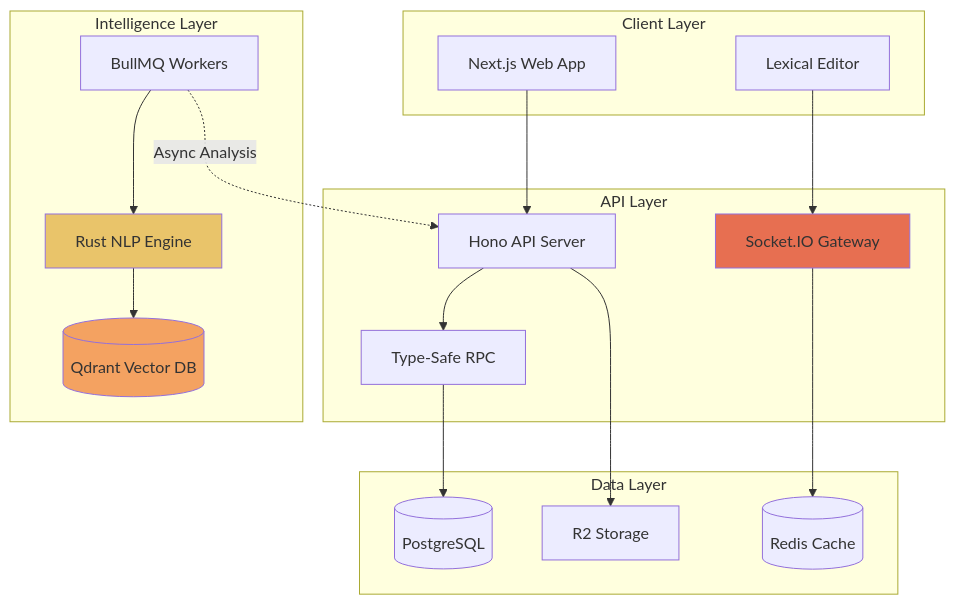
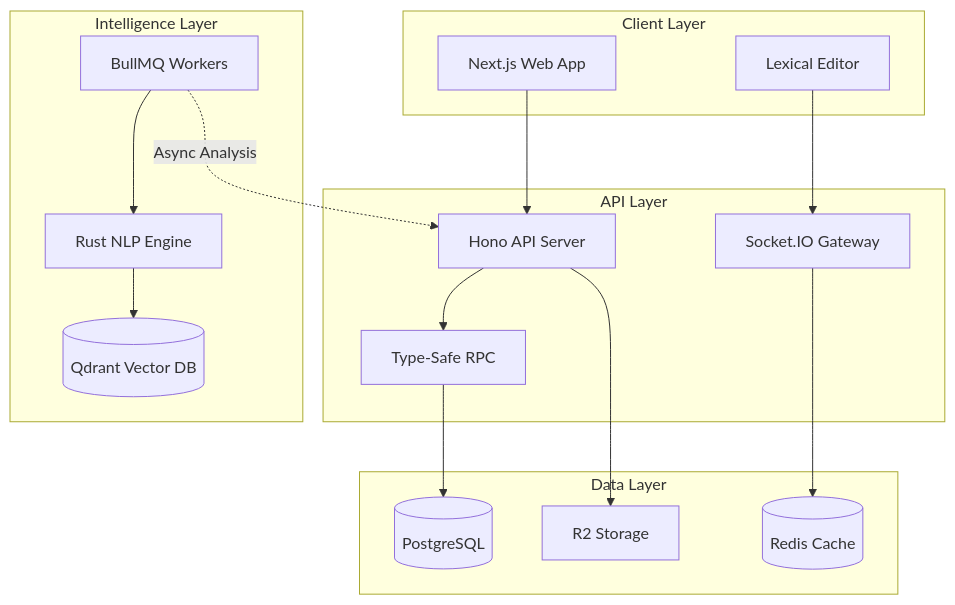
The diagram in apps/web/app/projects/nova/page.mdx (Shaharyar-developer/portfolio), drawn with Mermaid before and after one commit.

````diff
--- a/apps/web/app/projects/nova/page.mdx
+++ b/apps/web/app/projects/nova/page.mdx
@@ -178,40 +178,36 @@
 ```mermaid
 graph TB
     subgraph "Client Layer"
         Web[Next.js Web App]
         Editor[Lexical Editor]
     end
     
     subgraph "API Layer"
         API[Hono API Server]
         WS[Socket.IO Gateway]
         oRPC[Type-Safe RPC]
     end
     
     subgraph "Data Layer"
         PG[(PostgreSQL)]
         Redis[(Redis Cache)]
         R2[R2 Storage]
     end
     
     subgraph "Intelligence Layer"
         NLP[Rust NLP Engine]
         Vector[(Qdrant Vector DB)]
         Queue[BullMQ Workers]
     end
     
     Web --> API
     Editor --> WS
     API --> oRPC
     oRPC --> PG
     WS --> Redis
     API --> R2
     
     Queue --> NLP
     NLP --> Vector
     Queue -.->|Async Analysis| API
-    
-    style NLP fill:#e9c46a
-    style Vector fill:#f4a261
-    style WS fill:#e76f51
 ```
````
